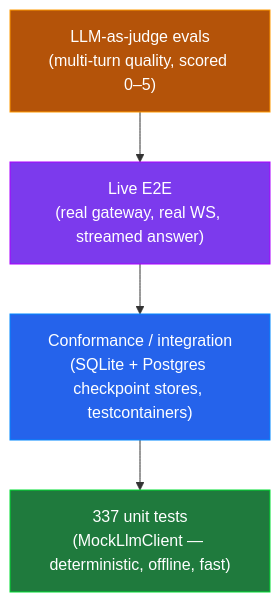
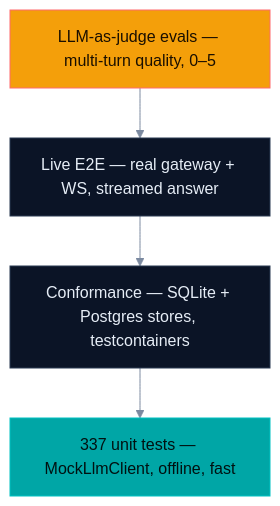
The third of 3 diagrams in README.md (SmooAI/smooth-operator-core), drawn with Mermaid before and after one commit. The commit also changed other lines of this file and 2 other files, not shown here.

Commit message:
chore: glow up README — hero banner, marketing callout, diagrams (#5)

````diff
--- a/README.md
+++ b/README.md
@@ -270,14 +266,18 @@
 ```mermaid
+%%{init: {'theme':'base','themeVariables':{
+  'background':'#020618','primaryColor':'#0b1426','primaryTextColor':'#e6edf6','primaryBorderColor':'#2b3a52',
+  'lineColor':'#7c8aa0','secondaryColor':'#0b1426','tertiaryColor':'#0b1426','fontFamily':'ui-sans-serif, system-ui, sans-serif',
+  'clusterBkg':'#0b1426','clusterBorder':'#22304a'}}}%%
 flowchart TD
-    J["LLM-as-judge evals<br/>(multi-turn quality, scored 0–5)"]
-    E["Live E2E<br/>(real gateway, real WS, streamed answer)"]
-    C["Conformance / integration<br/>(SQLite + Postgres checkpoint stores, testcontainers)"]
-    U["337 unit tests<br/>(MockLlmClient — deterministic, offline, fast)"]
+    J["LLM-as-judge evals — multi-turn quality, 0–5"]
+    E["Live E2E — real gateway + WS, streamed answer"]
+    C["Conformance — SQLite + Postgres stores, testcontainers"]
+    U["337 unit tests — MockLlmClient, offline, fast"]
 
     J --> E --> C --> U
 
-    style U fill:#1f7a3d,stroke:#0d3,color:#fff
-    style C fill:#2563eb,stroke:#08f,color:#fff
-    style E fill:#7c3aed,stroke:#a0f,color:#fff
-    style J fill:#b45309,stroke:#f90,color:#fff
+    classDef warm fill:#f49f0a,stroke:#ff6b6c,color:#1a0f00;
+    classDef teal fill:#00a6a6,stroke:#00c2c2,color:#011;
+    class J warm
+    class U teal
 ```
````
